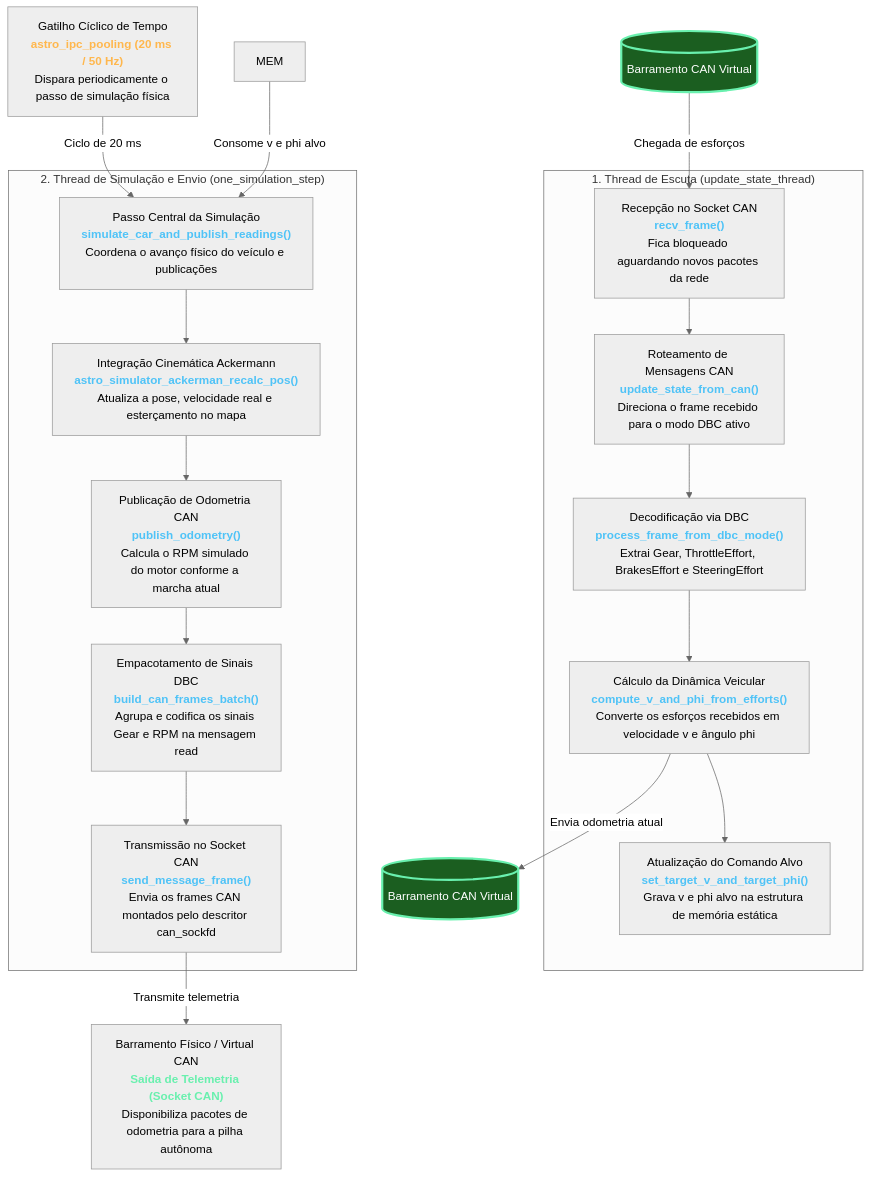
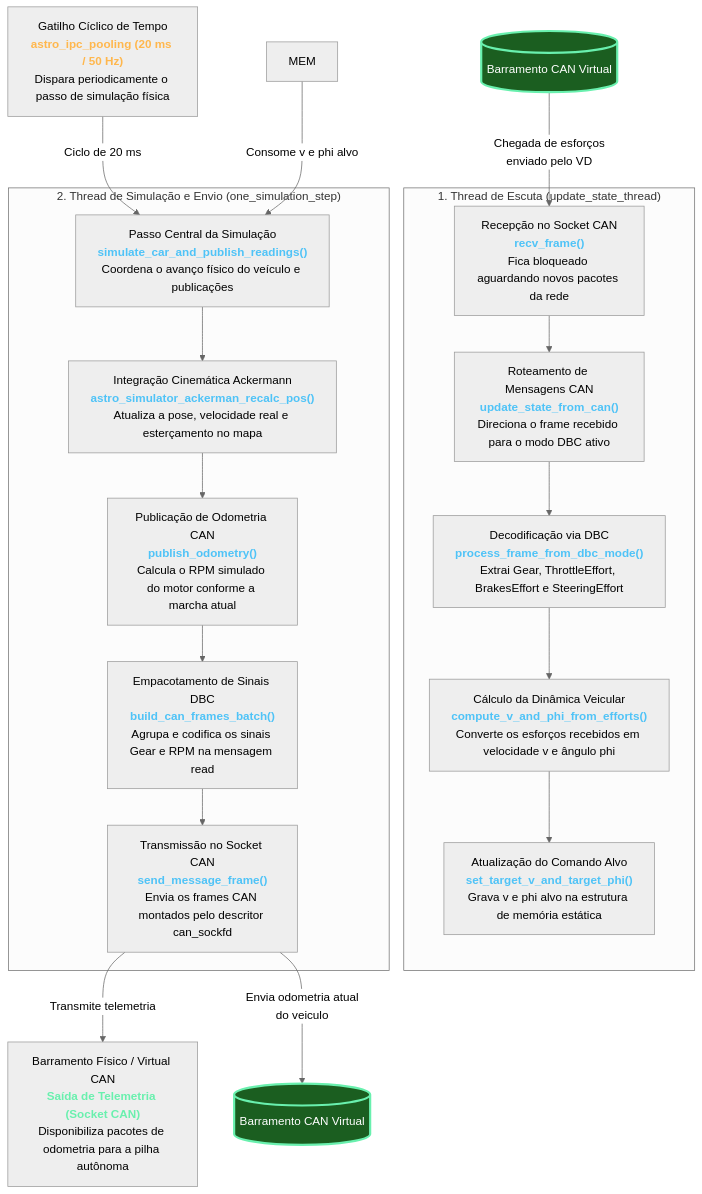
The second of 2 diagrams in simulator_ackerman/docs/01_arquitetura_e_fluxo_geral.md (BrenoCSilva/lume), drawn with Mermaid (neutral theme) before and after one commit.

````diff
--- a/simulator_ackerman/docs/01_arquitetura_e_fluxo_geral.md
+++ b/simulator_ackerman/docs/01_arquitetura_e_fluxo_geral.md
@@ -101,37 +101,36 @@
 ```mermaid
 flowchart TD
     
     CAN_BUS[("Barramento CAN Virtual")]
 
-    CAN_BUS -->|"Chegada de esforços <br/enviado pelo VD"| RECV
+    CAN_BUS -->|"Chegada de esforços <br/>enviado pelo VD"| RECV
 
     subgraph ThreadEscuta ["1. Thread de Escuta (update_state_thread)"]
         RECV["Recepção no Socket CAN<br/><b style='color:#4fc3f7'>recv_frame()</b><br/>Fica bloqueado aguardando novos pacotes da rede"]
         RECV --> UPDATE["Roteamento de Mensagens CAN<br/><b style='color:#4fc3f7'>update_state_from_can()</b><br/>Direciona o frame recebido para o modo DBC ativo"]
         UPDATE --> PROC_DBC["Decodificação via DBC<br/><b style='color:#4fc3f7'>process_frame_from_dbc_mode()</b><br/>Extrai Gear, ThrottleEffort, BrakesEffort e SteeringEffort"]
         PROC_DBC --> CALC_DYN["Cálculo da Dinâmica Veicular<br/><b style='color:#4fc3f7'>compute_v_and_phi_from_efforts()</b><br/>Converte os esforços recebidos em velocidade v e ângulo phi"]
         CALC_DYN --> SET_TARGET["Atualização do Comando Alvo<br/><b style='color:#4fc3f7'>set_target_v_and_target_phi()</b><br/>Grava v e phi alvo na estrutura de memória estática"]
     end
-    
-    CALC_DYN -->|"Envia odometria atual<br/ do veiculo"| CAN_BUS_2
-   
-    CAN_BUS_2[("Barramento CAN Virtual")]
-
 
     TIMER["Gatilho Cíclico de Tempo<br/><b style='color:#ffb74d'>astro_ipc_pooling (20 ms / 50 Hz)</b><br/>Dispara periodicamente o passo de simulação física"] -->|"Ciclo de 20 ms"| SIM_STEP
     MEM -->|"Consome v e phi alvo"| SIM_STEP
 
     subgraph ThreadSimulacao ["2. Thread de Simulação e Envio (one_simulation_step)"]
         SIM_STEP["Passo Central da Simulação<br/><b style='color:#4fc3f7'>simulate_car_and_publish_readings()</b><br/>Coordena o avanço físico do veículo e publicações"]
         SIM_STEP --> RECALC["Integração Cinemática Ackermann<br/><b style='color:#4fc3f7'>astro_simulator_ackerman_recalc_pos()</b><br/>Atualiza a pose, velocidade real e esterçamento no mapa"]
         RECALC --> PUB_ODO["Publicação de Odometria CAN<br/><b style='color:#4fc3f7'>publish_odometry()</b><br/>Calcula o RPM simulado do motor conforme a marcha atual"]
         PUB_ODO --> BATCH["Empacotamento de Sinais DBC<br/><b style='color:#4fc3f7'>build_can_frames_batch()</b><br/>Agrupa e codifica os sinais Gear e RPM na mensagem read"]
         BATCH --> SEND["Transmissão no Socket CAN<br/><b style='color:#4fc3f7'>send_message_frame()</b><br/>Envia os frames CAN montados pelo descritor can_sockfd"]
     end
 
     SEND -->|"Transmite telemetria"| CAN_OUT["Barramento Físico / Virtual CAN<br/><b style='color:#69f0ae'>Saída de Telemetria (Socket CAN)</b><br/>Disponibiliza pacotes de odometria para a pilha autônoma"]
 
+    SEND -->|"Envia odometria atual<br/> do veiculo"| CAN_BUS_2
+   
+    CAN_BUS_2[("Barramento CAN Virtual")]
+
     style CAN_BUS fill:#1b5e20,stroke:#69f0ae,stroke-width:3px,color:#ffffff
     style CAN_BUS_2 fill:#1b5e20,stroke:#69f0ae,stroke-width:3px,color:#ffffff
 
 ```
````
